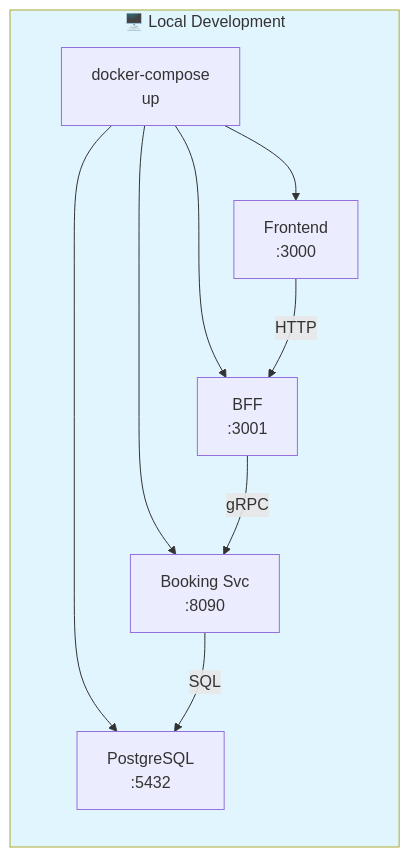
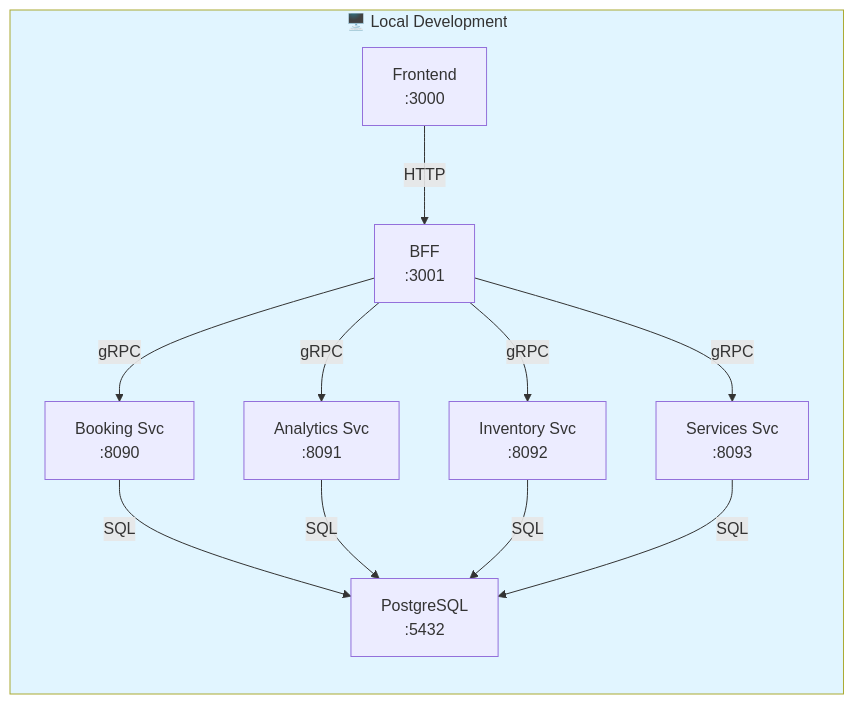
The third of 4 diagrams in docs/ARCHITECTURE.md (bshongwe/intelli-reserve), drawn with Mermaid before and after one commit. The commit also changed other lines of this file, not shown here.

Commit message:
feat: update architecture documentation to reflect service responsibilities and add service port registry

````diff
--- a/docs/ARCHITECTURE.md
+++ b/docs/ARCHITECTURE.md
@@ -308,20 +385,24 @@
 ```mermaid
 graph LR
     subgraph Local["🖥️ Local Development"]
-        DC["docker-compose<br/>up"]
         FE["Frontend<br/>:3000"]
         BFF["BFF<br/>:3001"]
         BS["Booking Svc<br/>:8090"]
+        AS["Analytics Svc<br/>:8091"]
+        IS["Inventory Svc<br/>:8092"]
+        SS["Services Svc<br/>:8093"]
         DB["PostgreSQL<br/>:5432"]
     end
     
-    DC --> FE
-    DC --> BFF
-    DC --> BS
-    DC --> DB
     FE -->|HTTP| BFF
     BFF -->|gRPC| BS
+    BFF -->|gRPC| AS
+    BFF -->|gRPC| IS
+    BFF -->|gRPC| SS
     BS -->|SQL| DB
+    AS -->|SQL| DB
+    IS -->|SQL| DB
+    SS -->|SQL| DB
     
     style Local fill:#e1f5ff
 ```
````
